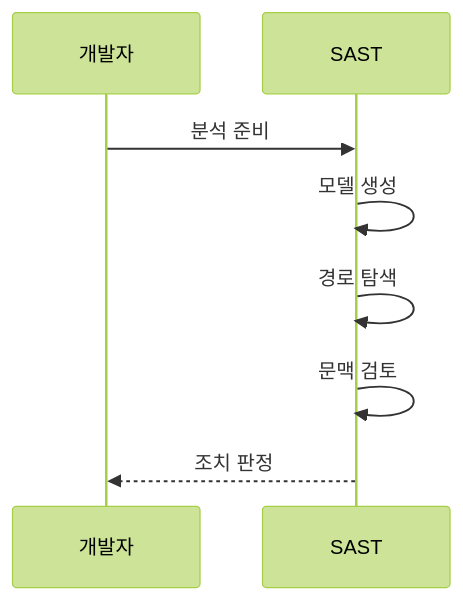
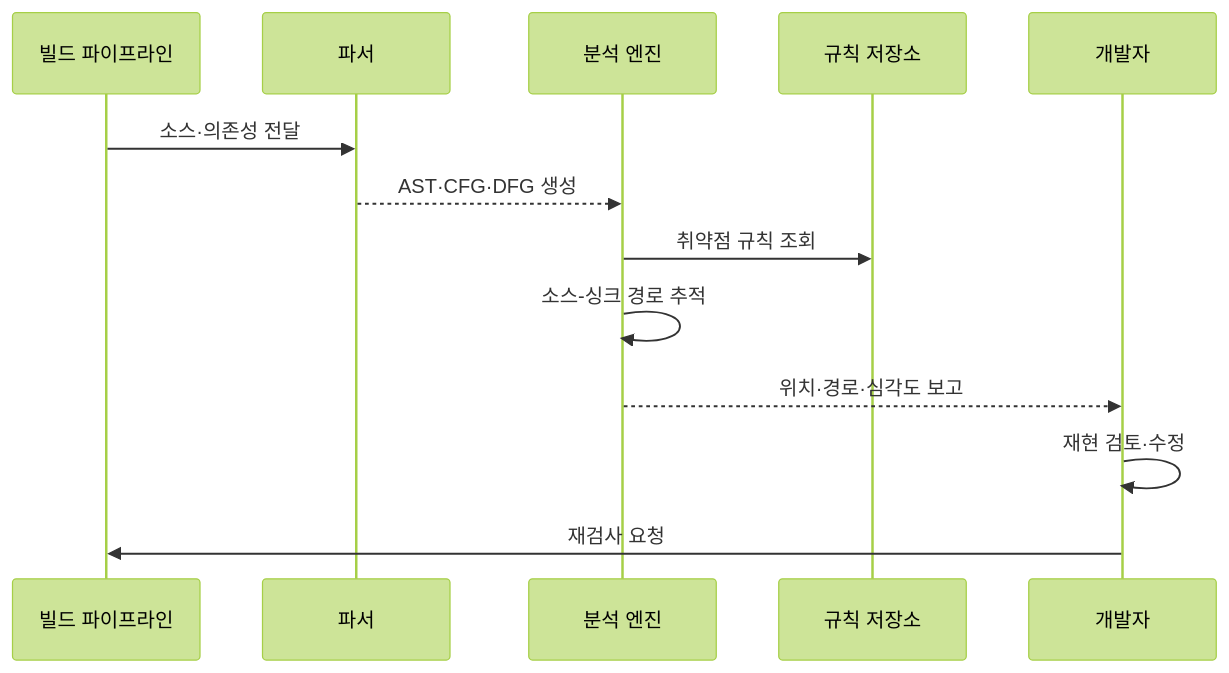
One commit to agnusdei1207/knowledge-base changed the second of 2 diagrams in src/content/docs/notes/03-software/067_static_application_security_testing.md. Above: the diagram before and after it, drawn with Mermaid (forest theme). The commit also changed other lines of this file and 7 other files, not shown here.

````diff
--- a/src/content/docs/notes/03-software/067_static_application_security_testing.md
+++ b/src/content/docs/notes/03-software/067_static_application_security_testing.md
@@ -90,10 +79,15 @@
 ```mermaid
 sequenceDiagram
+    participant B as 빌드 파이프라인
+    participant P as 파서
+    participant A as 분석 엔진
+    participant R as 규칙 저장소
     participant D as 개발자
-    participant S as SAST
-    D->>S: 분석 준비
-    S->>S: 모델 생성
-    S->>S: 경로 탐색
-    S->>S: 문맥 검토
-    S-->>D: 조치 판정
+    B->>P: 소스·의존성 전달
+    P-->>A: AST·CFG·DFG 생성
+    A->>R: 취약점 규칙 조회
+    A->>A: 소스-싱크 경로 추적
+    A-->>D: 위치·경로·심각도 보고
+    D->>D: 재현 검토·수정
+    D->>B: 재검사 요청
 ```
````
